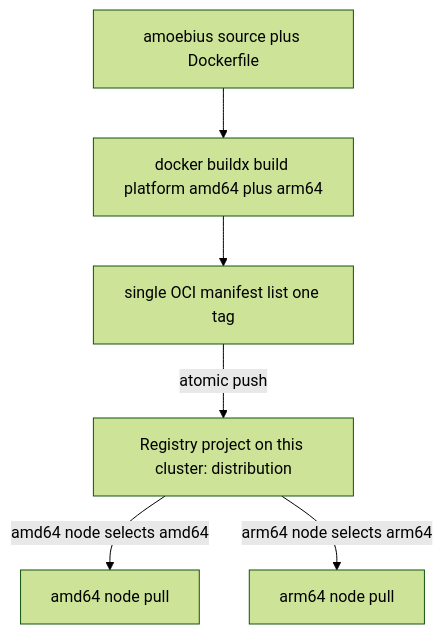
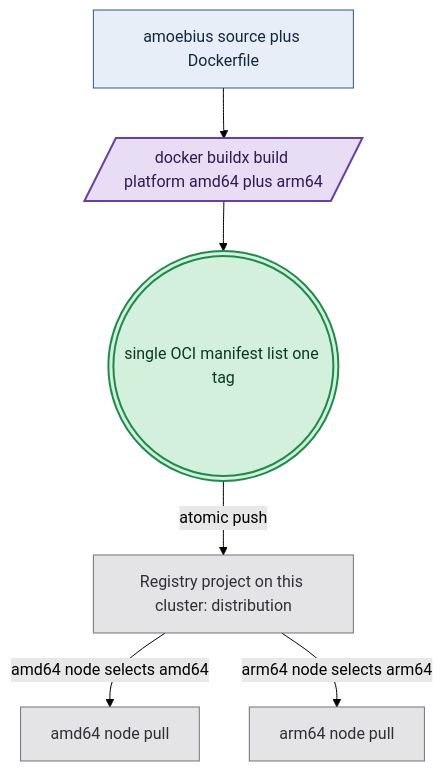
The diagram in documents/engineering/image_build_doctrine.md (Tuee22/amoebius), drawn with Mermaid (forest theme) before and after one commit. The commit also changed other lines of this file and 36 other files, not shown here.

````diff
--- a/documents/engineering/image_build_doctrine.md
+++ b/documents/engineering/image_build_doctrine.md
@@ -110,8 +112,12 @@
 ```mermaid
 flowchart TD
-  src[amoebius source plus Dockerfile] --> bx[docker buildx build platform amd64 plus arm64]
-  bx --> ml[single OCI manifest list one tag]
-  ml -->|atomic push| reg[Registry project on this cluster: distribution]
-  reg -->|amd64 node selects amd64| amd[amd64 node pull]
-  reg -->|arm64 node selects arm64| arm[arm64 node pull]
+  src["amoebius source plus Dockerfile"]:::intent --> bx[/"docker buildx build platform amd64 plus arm64"/]:::effect
+  bx --> ml((("single OCI manifest list one tag"))):::seal
+  ml -->|atomic push| reg["Registry project on this cluster: distribution"]:::runtime
+  reg -->|amd64 node selects amd64| amd["amd64 node pull"]:::runtime
+  reg -->|arm64 node selects arm64| arm["arm64 node pull"]:::runtime
+  classDef intent   fill:#e8eef7,stroke:#33587a,color:#12283f,stroke-width:1px
+  classDef effect   fill:#e7ddf5,stroke:#6b3fa0,color:#2f1a52,stroke-width:2px
+  classDef seal     fill:#d3f0dd,stroke:#1f8a4c,color:#0c3a1f,stroke-width:2px
+  classDef runtime  fill:#e4e4e7,stroke:#71717a,color:#2f2f35,stroke-width:1px
 ```
````
